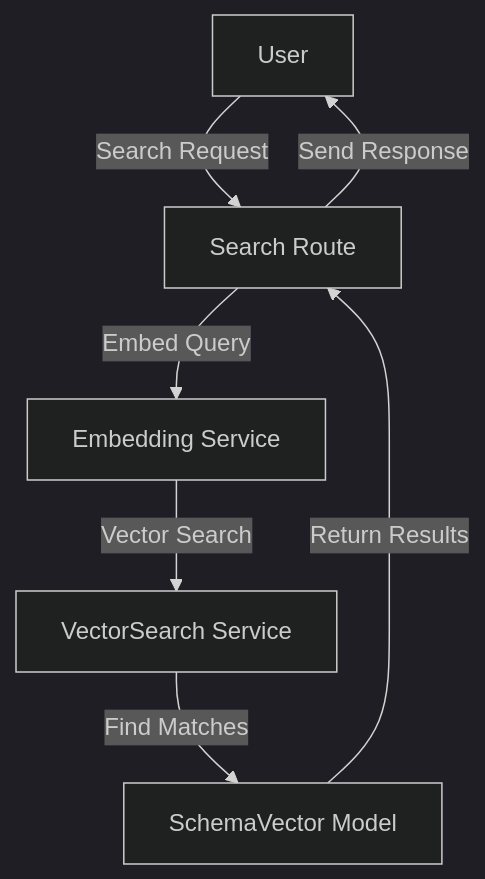
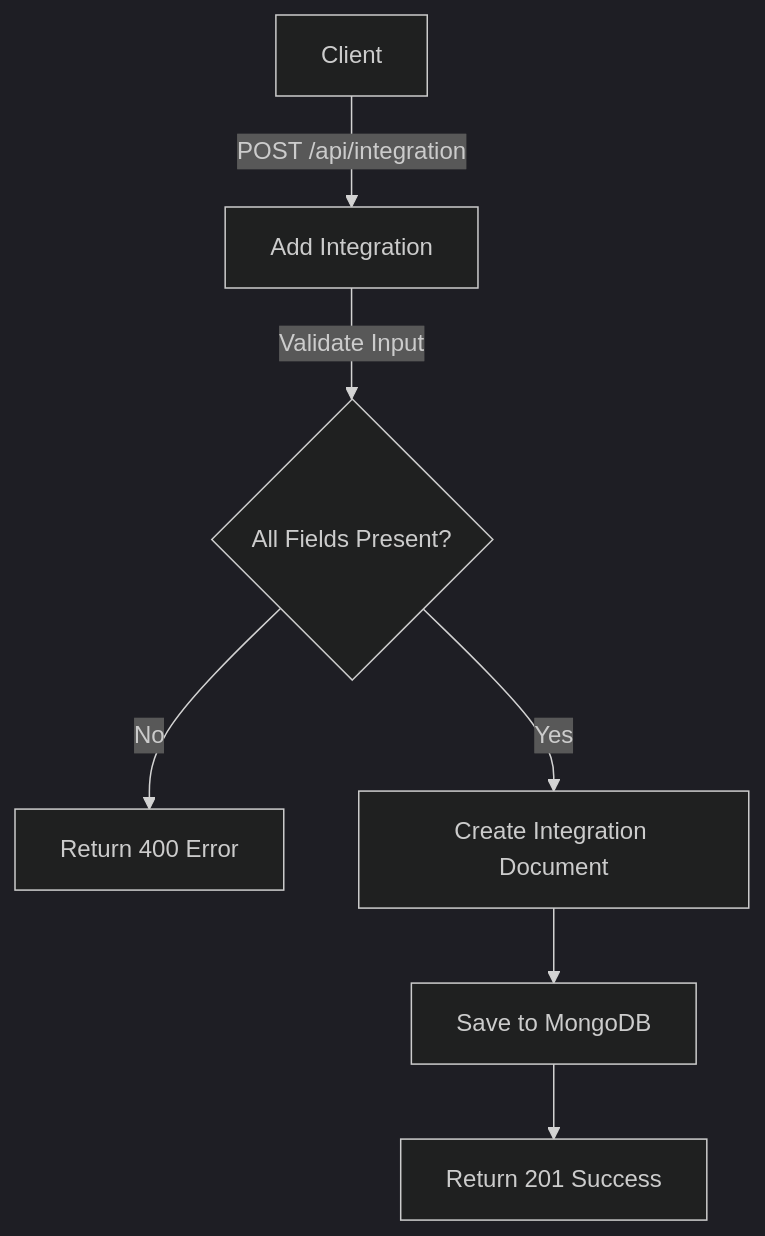
The fourth of 5 diagrams in Documentation.md (aniket-thapa/IntelliQuery), drawn with Mermaid (dark theme) before and after one commit. The commit also changed other lines of this file, not shown here.

````diff
--- a/Documentation.md
+++ b/Documentation.md
@@ -269,9 +266,9 @@
 ```mermaid
 flowchart TD
-    A[User] -->|Search Request| B[Search Route]
-    B -->|Embed Query| C[Embedding Service]
-    C -->|Vector Search| D[VectorSearch Service]
-    D -->|Find Matches| E[SchemaVector Model]
-    E -->|Return Results| B
-    B -->|Send Response| A
+    A[Client] -->|POST /api/integration| B[Add Integration]
+    B -->|Validate Input| C{All Fields Present?}
+    C -- No --> D[Return 400 Error]
+    C -- Yes --> E[Create Integration Document]
+    E --> F[Save to MongoDB]
+    F --> G[Return 201 Success]
 ```
````
